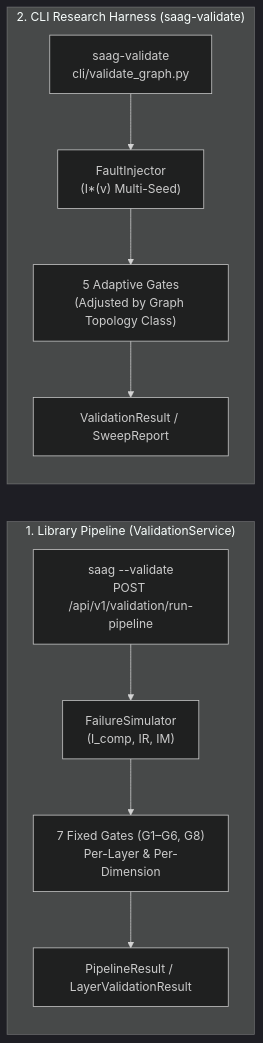
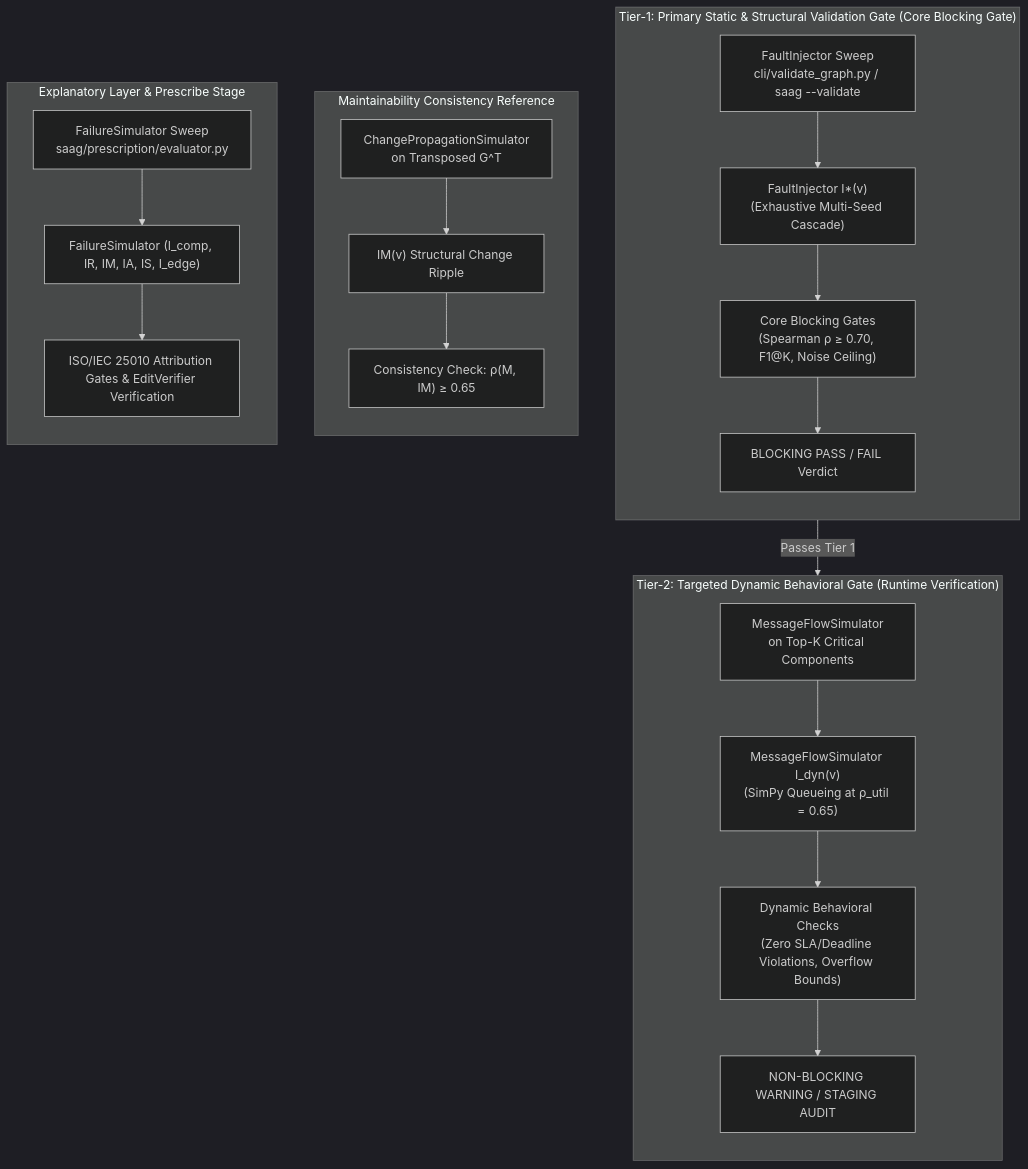
The second of 4 diagrams in docs/validation.md (onuralpyigit/software-as-a-graph), drawn with Mermaid (dark theme) before and after one commit. The commit also changed other lines of this file and 19 other files, not shown here.

````diff
--- a/docs/validation.md
+++ b/docs/validation.md
@@ -78,16 +78,30 @@
 ```mermaid
-flowchart LR
-    subgraph LibPath["1. Library Pipeline (ValidationService)"]
+flowchart TD
+    subgraph Tier1["Tier-1: Primary Static & Structural Validation Gate (Core Blocking Gate)"]
         direction TB
-        L_CMD["saag --validate<br>POST /api/v1/validation/run-pipeline"] --> L_ORC["FailureSimulator<br>(I_comp, IR, IM)"]
-        L_ORC --> L_GATES["7 Fixed Gates (G1–G6, G8)<br>Per-Layer & Per-Dimension"]
-        L_GATES --> L_OUT["PipelineResult / LayerValidationResult"]
+        T1_CMD["FaultInjector Sweep<br>cli/validate_graph.py / saag --validate"] --> T1_ORC["FaultInjector I*(v)<br>(Exhaustive Multi-Seed Cascade)"]
+        T1_ORC --> T1_GATES["Core Blocking Gates<br>(Spearman ρ ≥ 0.70, F1@K, Noise Ceiling)"]
+        T1_GATES --> T1_OUT["BLOCKING PASS / FAIL Verdict"]
     end
 
-    subgraph CliPath["2. CLI Research Harness (saag-validate)"]
+    subgraph Tier2["Tier-2: Targeted Dynamic Behavioral Gate (Runtime Verification)"]
         direction TB
-        C_CMD["saag-validate<br>cli/validate_graph.py"] --> C_ORC["FaultInjector<br>(I*(v) Multi-Seed)"]
-        C_ORC --> C_GATES["5 Adaptive Gates<br>(Adjusted by Graph Topology Class)"]
-        C_GATES --> C_OUT["ValidationResult / SweepReport"]
+        T2_CMD["MessageFlowSimulator<br>on Top-K Critical Components"] --> T2_ORC["MessageFlowSimulator I_dyn(v)<br>(SimPy Queueing at ρ_util = 0.65)"]
+        T2_ORC --> T2_GATES["Dynamic Behavioral Checks<br>(Zero SLA/Deadline Violations, Overflow Bounds)"]
+        T2_GATES --> T2_OUT["NON-BLOCKING WARNING / STAGING AUDIT"]
     end
+
+    subgraph MaintRef["Maintainability Consistency Reference"]
+        direction TB
+        MR_CMD["ChangePropagationSimulator<br>on Transposed G^T"] --> MR_ORC["IM(v) Structural Change Ripple"]
+        MR_ORC --> MR_CHECK["Consistency Check: ρ(M, IM) ≥ 0.65"]
+    end
+
+    subgraph ExplanatoryPrescribe["Explanatory Layer & Prescribe Stage"]
+        direction TB
+        EP_CMD["FailureSimulator Sweep<br>saag/prescription/evaluator.py"] --> EP_ORC["FailureSimulator (I_comp, IR, IM, IA, IS, I_edge)"]
+        EP_ORC --> EP_GATES["ISO/IEC 25010 Attribution Gates & EditVerifier Verification"]
+    end
+
+    T1_OUT -->|Passes Tier 1| Tier2
 ```
````
